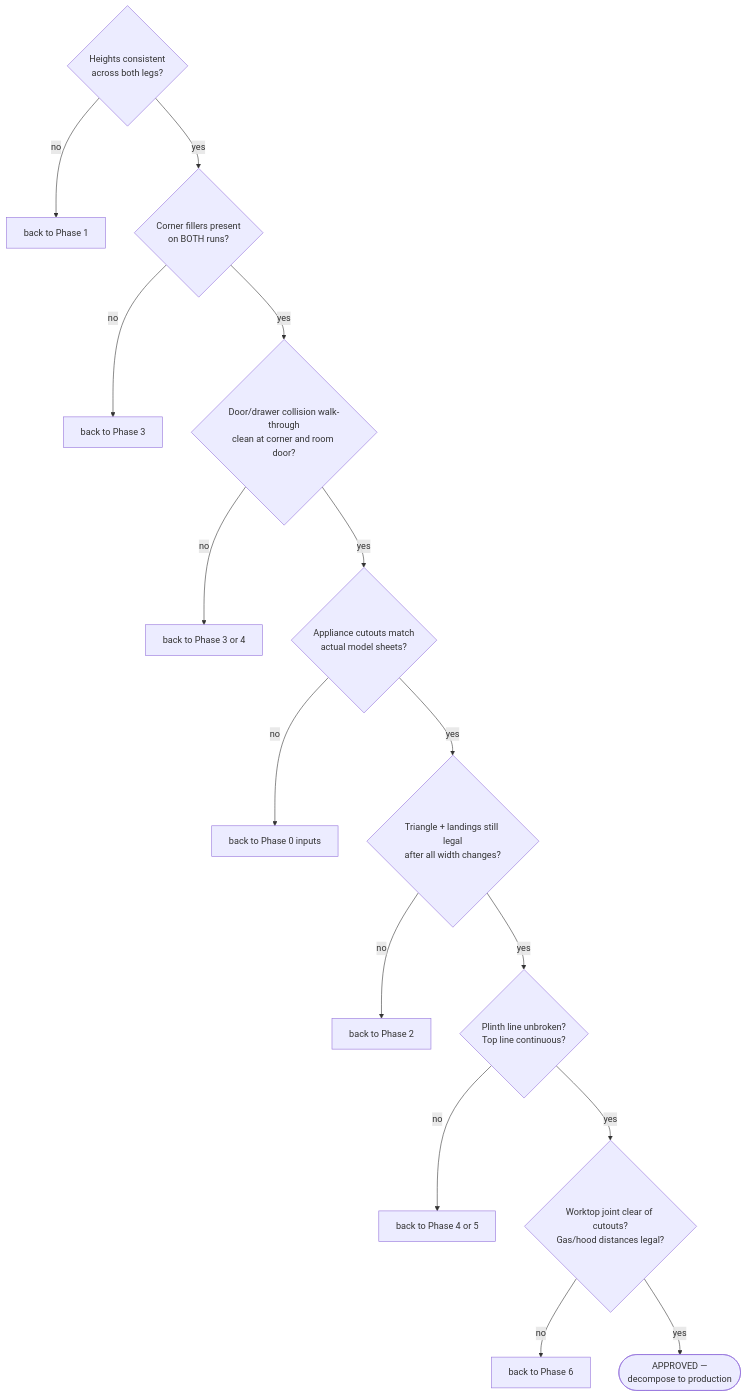
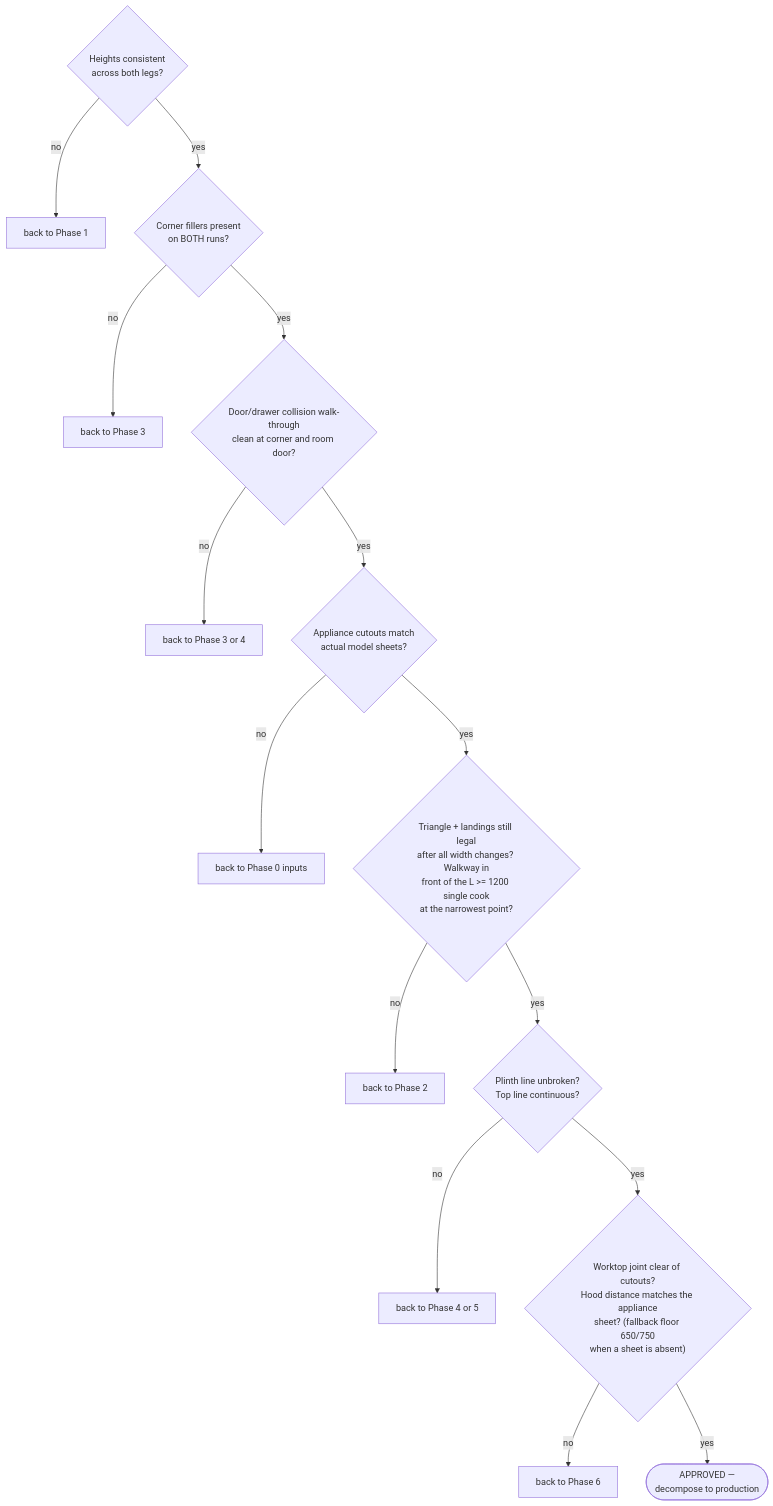
Before and after one commit to m1981/kuchnie: the fifth of 5 diagrams in docs/l-kitchen-design-playbook.md, drawn with Mermaid. The commit also changed other lines of this file and 2 other files, not shown here.

````diff
--- a/docs/l-kitchen-design-playbook.md
+++ b/docs/l-kitchen-design-playbook.md
@@ -167,17 +175,17 @@
 ```mermaid
 flowchart TD
     G1{"Heights consistent<br/>across both legs?"} -->|no| F1["back to Phase 1"]
     G1 -->|yes| G2{"Corner fillers present<br/>on BOTH runs?"}
     G2 -->|no| F2["back to Phase 3"]
     G2 -->|yes| G3{"Door/drawer collision walk-through<br/>clean at corner and room door?"}
     G3 -->|no| F3["back to Phase 3 or 4"]
     G3 -->|yes| G4{"Appliance cutouts match<br/>actual model sheets?"}
     G4 -->|no| F4["back to Phase 0 inputs"]
-    G4 -->|yes| G5{"Triangle + landings still legal<br/>after all width changes?"}
+    G4 -->|yes| G5{"Triangle + landings still legal<br/>after all width changes? Walkway in<br/>front of the L >= 1200 single cook<br/>at the narrowest point?"}
     G5 -->|no| F5["back to Phase 2"]
     G5 -->|yes| G6{"Plinth line unbroken?<br/>Top line continuous?"}
     G6 -->|no| F6["back to Phase 4 or 5"]
-    G6 -->|yes| G7{"Worktop joint clear of cutouts?<br/>Gas/hood distances legal?"}
+    G6 -->|yes| G7{"Worktop joint clear of cutouts?<br/>Hood distance matches the appliance<br/>sheet? (fallback floor 650/750<br/>when a sheet is absent)"}
     G7 -->|no| F7["back to Phase 6"]
     G7 -->|yes| PASS(["APPROVED —<br/>decompose to production"])
 ```
````
